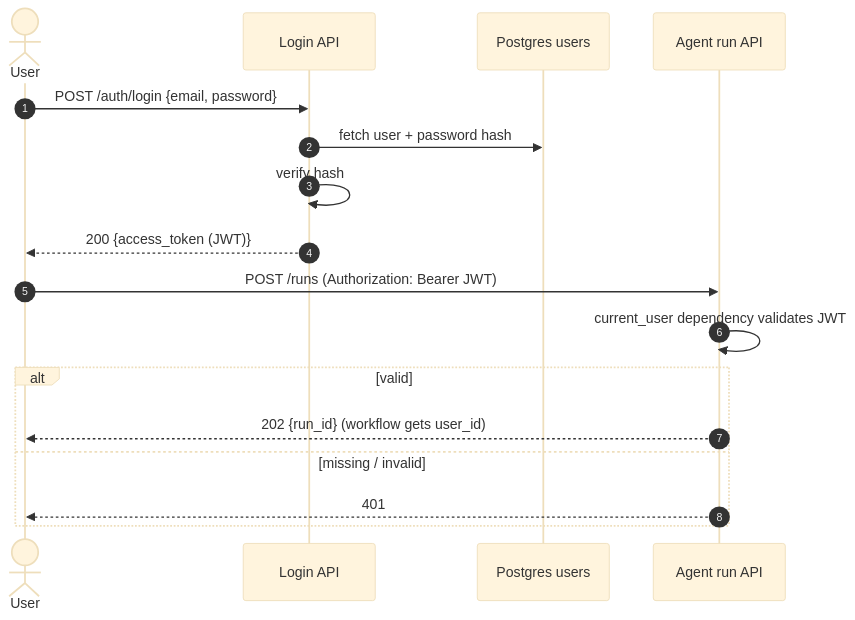
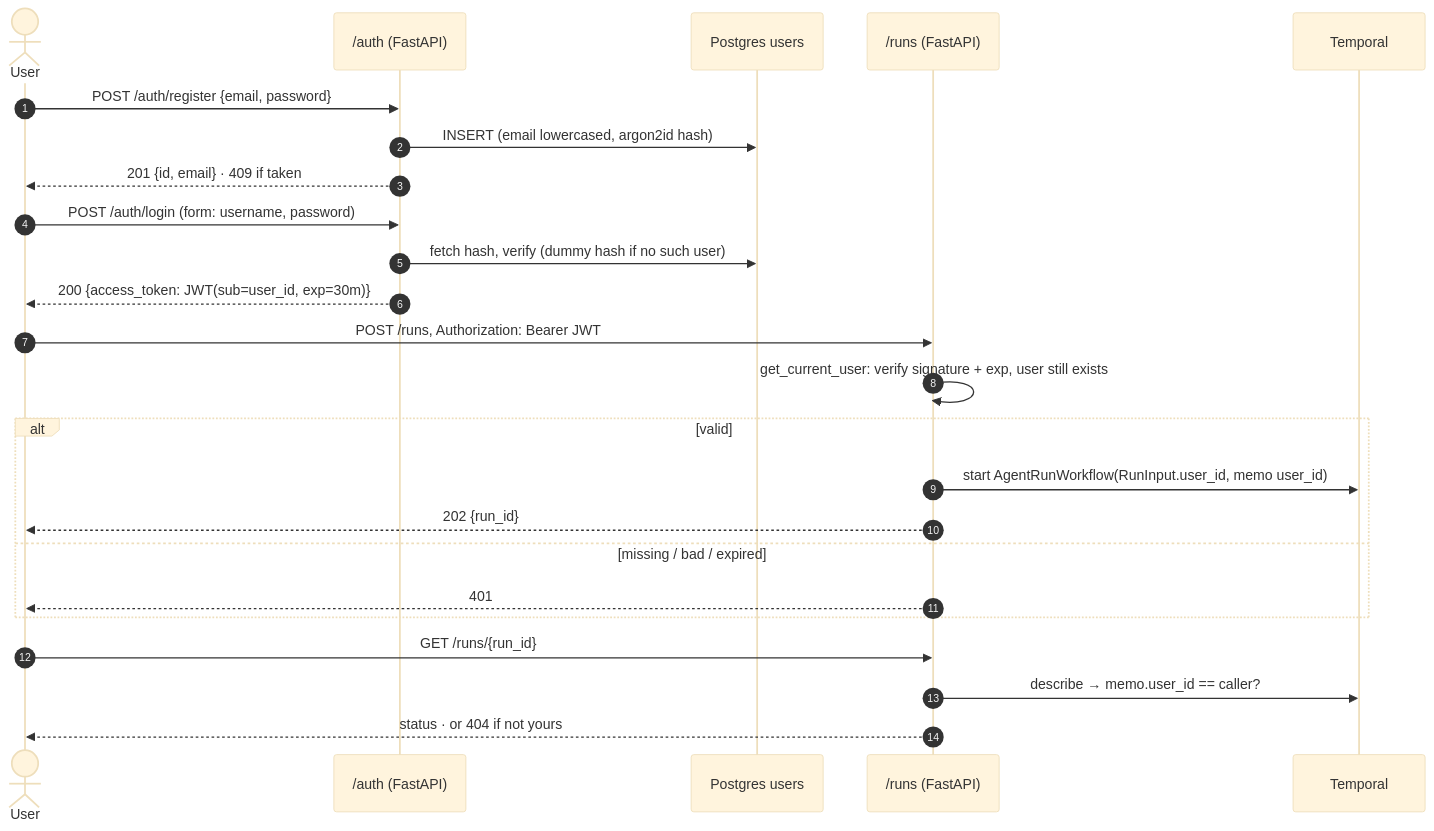
One commit to Anirudh1905/async-agentic-workflows changed the diagram in docs/phases/phase-5-login-api.md. Above: the diagram before and after it, drawn with Mermaid (base theme). The commit also changed other lines of this file and 24 other files, not shown here.

First line of the commit message:
Add Phase 5: login API with JWT auth and per-user runs

````diff
--- a/docs/phases/phase-5-login-api.md
+++ b/docs/phases/phase-5-login-api.md
@@ -5,19 +5,26 @@
 ```mermaid
 sequenceDiagram
     autonumber
     actor U as User
-    participant AUTH as Login API
+    participant AUTH as /auth (FastAPI)
     participant DB as Postgres users
-    participant RUNS as Agent run API
-    U->>AUTH: POST /auth/login {email, password}
-    AUTH->>DB: fetch user + password hash
-    AUTH->>AUTH: verify hash
-    AUTH-->>U: 200 {access_token (JWT)}
-    U->>RUNS: POST /runs (Authorization: Bearer JWT)
-    RUNS->>RUNS: current_user dependency validates JWT
+    participant RUNS as /runs (FastAPI)
+    participant T as Temporal
+    U->>AUTH: POST /auth/register {email, password}
+    AUTH->>DB: INSERT (email lowercased, argon2id hash)
+    AUTH-->>U: 201 {id, email} · 409 if taken
+    U->>AUTH: POST /auth/login (form: username, password)
+    AUTH->>DB: fetch hash, verify (dummy hash if no such user)
+    AUTH-->>U: 200 {access_token: JWT(sub=user_id, exp=30m)}
+    U->>RUNS: POST /runs, Authorization: Bearer JWT
+    RUNS->>RUNS: get_current_user: verify signature + exp, user still exists
     alt valid
-        RUNS-->>U: 202 {run_id} (workflow gets user_id)
-    else missing / invalid
+        RUNS->>T: start AgentRunWorkflow(RunInput.user_id, memo user_id)
+        RUNS-->>U: 202 {run_id}
+    else missing / bad / expired
         RUNS-->>U: 401
     end
+    U->>RUNS: GET /runs/{run_id}
+    RUNS->>T: describe → memo.user_id == caller?
+    RUNS-->>U: status · or 404 if not yours
 ```
````
